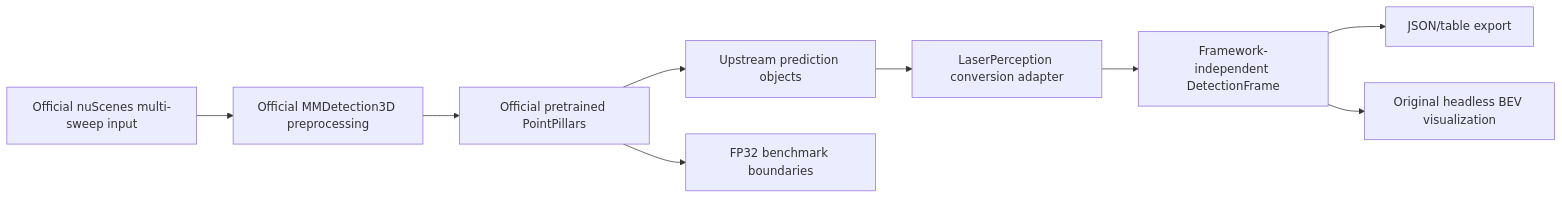
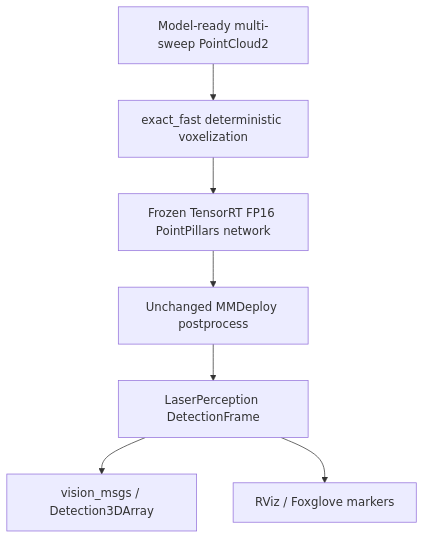
Before and after one commit to muhammadmahadazher/laserperception: the first of 3 diagrams in docs/ARCHITECTURE.md, drawn with Mermaid. The commit also changed other lines of this file and 20 other files, not shown here.

Commit message:
release: prepare LaserPerception v0.1.0

````diff
--- a/docs/ARCHITECTURE.md
+++ b/docs/ARCHITECTURE.md
@@ -6,11 +9,9 @@
 ```mermaid
-flowchart LR
-    A["Official nuScenes multi-sweep input"] --> B["Official MMDetection3D preprocessing"]
-    B --> C["Official pretrained PointPillars"]
-    C --> D["Upstream prediction objects"]
-    D --> E["LaserPerception conversion adapter"]
-    E --> F["Framework-independent DetectionFrame"]
-    F --> G["JSON/table export"]
-    F --> H["Original headless BEV visualization"]
-    C --> I["FP32 benchmark boundaries"]
+flowchart TD
+    A["Model-ready multi-sweep PointCloud2"] --> B["exact_fast deterministic voxelization"]
+    B --> C["Frozen TensorRT FP16 PointPillars network"]
+    C --> D["Unchanged MMDeploy postprocess"]
+    D --> E["LaserPerception DetectionFrame"]
+    E --> F["vision_msgs / Detection3DArray"]
+    E --> G["RViz / Foxglove markers"]
 ```
````
